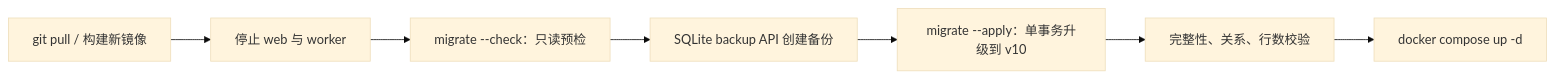
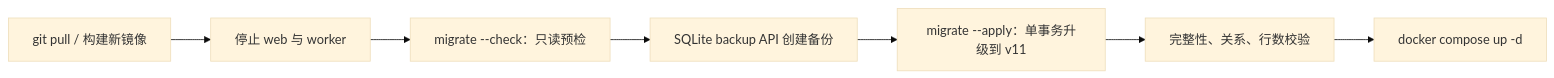
One commit to angelOnly/NewsRssHub changed the second of 2 diagrams in docs/SQLITE_SCHEMA_AND_MIGRATION.md. Above: the diagram before and after it, drawn with Mermaid (base theme). The commit also changed other lines of this file and 24 other files, not shown here.

````diff
--- a/docs/SQLITE_SCHEMA_AND_MIGRATION.md
+++ b/docs/SQLITE_SCHEMA_AND_MIGRATION.md
@@ -111,9 +112,9 @@
 ```mermaid
 flowchart LR
     A["git pull / 构建新镜像"] --> B["停止 web 与 worker"]
     B --> C["migrate --check：只读预检"]
     C --> D["SQLite backup API 创建备份"]
-    D --> E["migrate --apply：单事务升级到 v10"]
+    D --> E["migrate --apply：单事务升级到 v11"]
     E --> F["完整性、关系、行数校验"]
     F --> G["docker compose up -d"]
 ```
````
